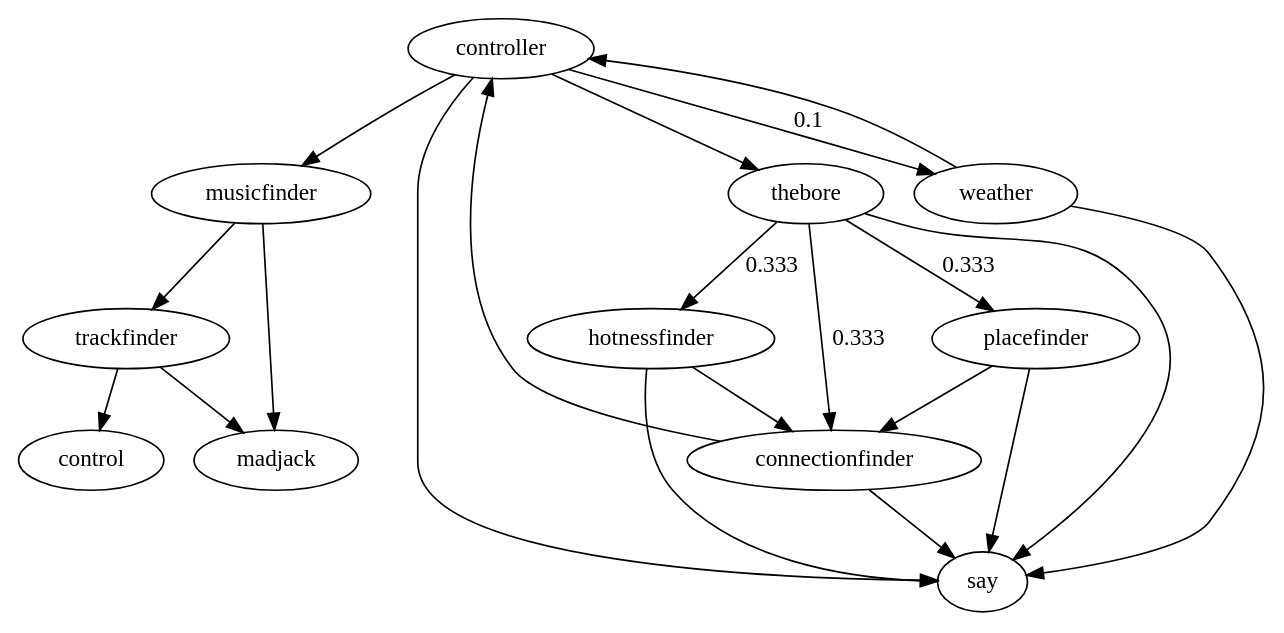
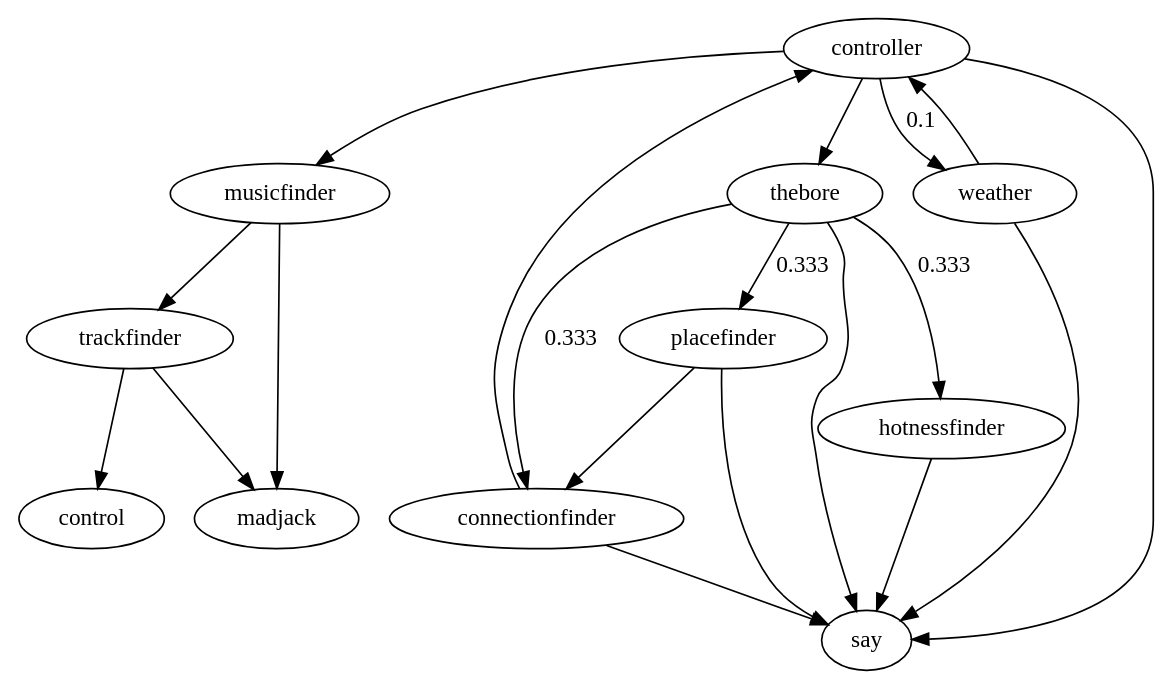
Before and after one commit to metade/musicbore: the diagram in docs/music_bore_map.dot, drawn with Graphviz. The commit also changed 4 other files, not shown here.

```diff
--- a/docs/music_bore_map.dot
+++ b/docs/music_bore_map.dot
@@ -1,29 +1,28 @@
 digraph G { 
   controller -> musicfinder;
   controller -> thebore;
   controller -> weather [label=0.1];
   
   weather->controller;
   
   thebore -> hotnessfinder [label=0.333];
   thebore -> placefinder [label=0.333];
   thebore -> connectionfinder [label=0.333];
   
   placefinder -> connectionfinder;
-  hotnessfinder -> connectionfinder;
   
   connectionfinder -> controller;
   
   controller -> say;
   thebore -> say;
   placefinder -> say;
   hotnessfinder -> say;
   weather -> say;
   connectionfinder -> say;
   
   trackfinder -> control;
   
   musicfinder -> trackfinder;
   trackfinder -> madjack;
   musicfinder -> madjack;
 }
```
